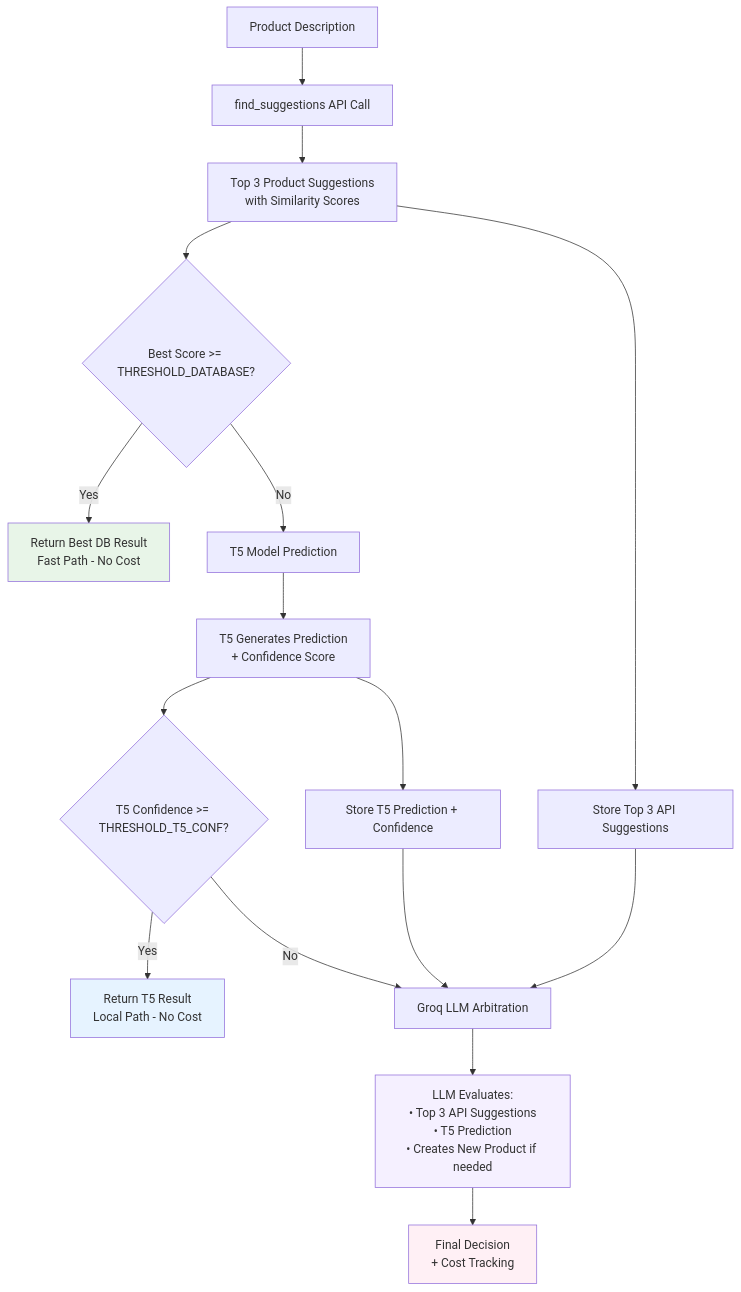
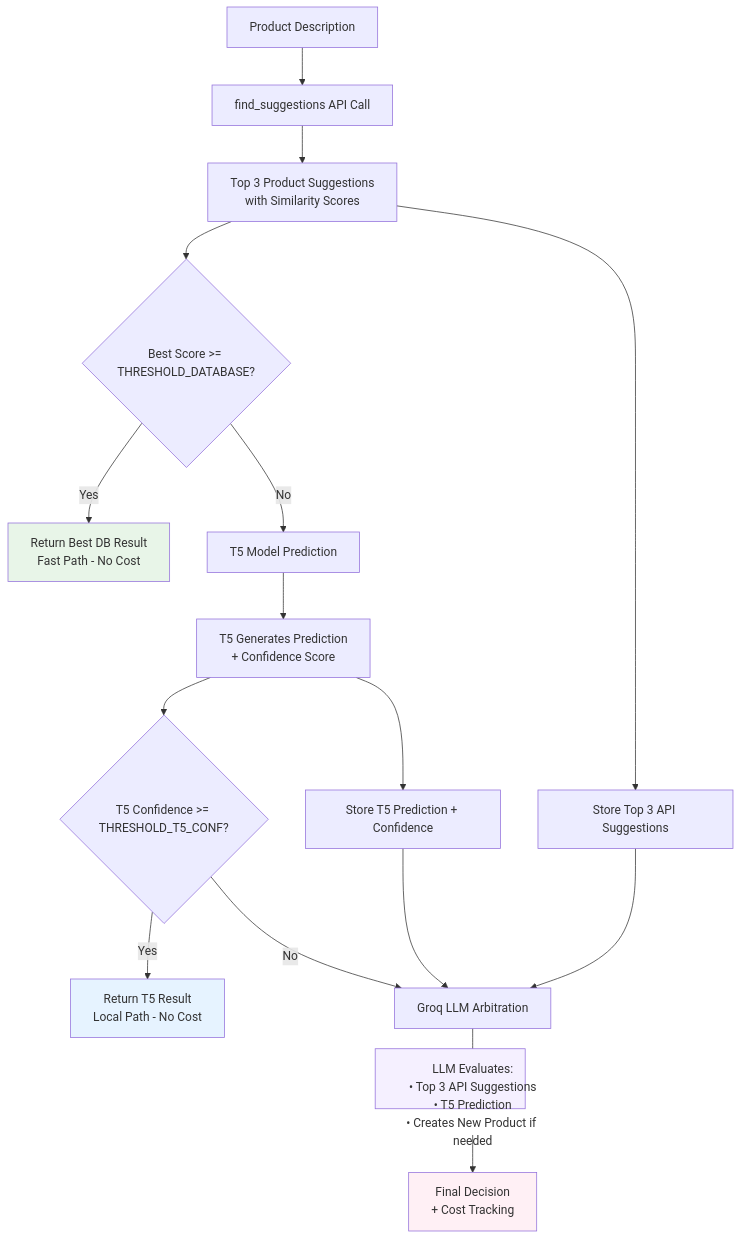
One commit to ismailsaid2001/product_matching_new_api changed the diagram in README.md. Above: the diagram before and after it, drawn with Mermaid.

Commit message:
updated Readme file

````diff
--- a/README.md
+++ b/README.md
@@ -18,25 +18,25 @@
 ```mermaid
 graph TD
     A[Product Description] --> B[find_suggestions API Call]
     B --> B1[Top 3 Product Suggestions<br/>with Similarity Scores]
     B1 --> C{Best Score >= THRESHOLD_DATABASE?}
     C -->|Yes| D[Return Best DB Result<br/>Fast Path - No Cost]
     C -->|No| E[T5 Model Prediction]
     E --> E1[T5 Generates Prediction<br/>+ Confidence Score]
     E1 --> F{T5 Confidence >= THRESHOLD_T5_CONF?}
     F -->|Yes| G[Return T5 Result<br/>Local Path - No Cost]
     F -->|No| H[Groq LLM Arbitration]
     
     B1 --> H1[Store Top 3 API Suggestions]
     E1 --> H2[Store T5 Prediction + Confidence]
     H1 --> H
     H2 --> H
     
     H --> H3[LLM Evaluates:<br/>• Top 3 API Suggestions<br/>• T5 Prediction<br/>• Creates New Product if needed]
     H3 --> I[Final Decision<br/>+ Cost Tracking]
     
     style D fill:#E8F5E8
     style G fill:#E6F3FF  
     style I fill:#FFF0F5
-    style H3 fill:#F5F0FF
+    style H3 fill:#F5F0FF,width:200px,height:80px
 ```
````
